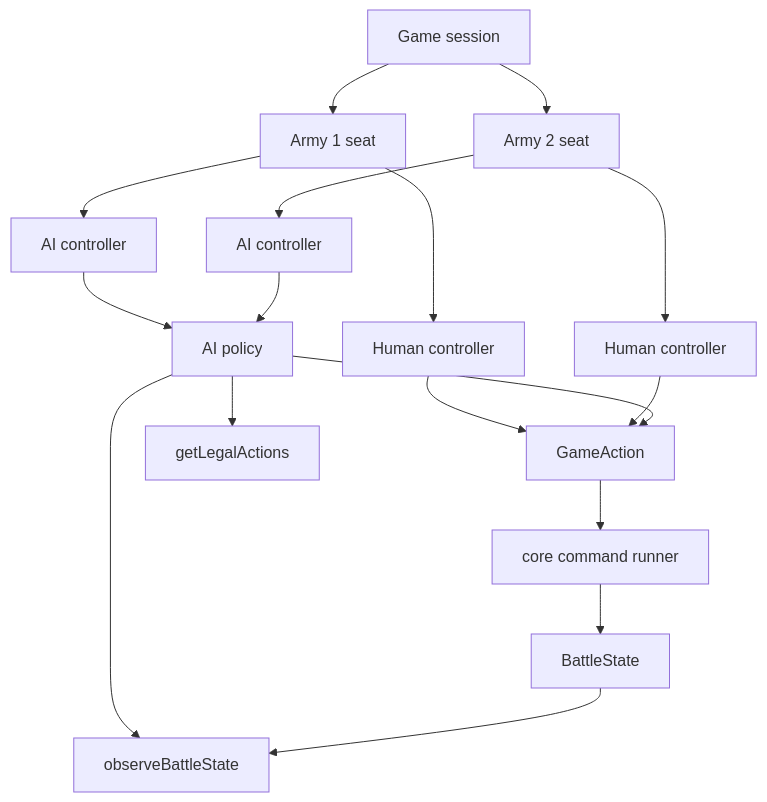
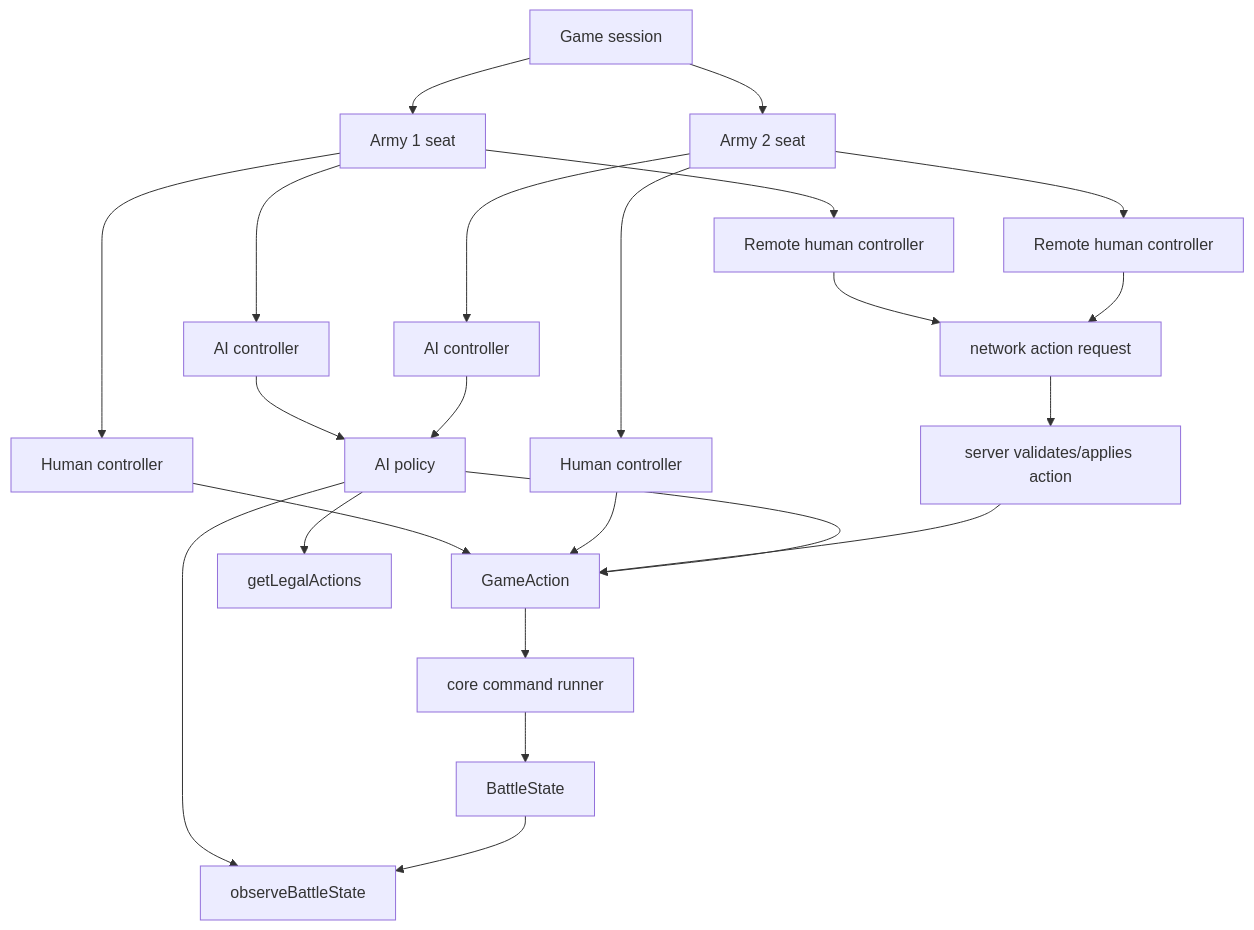
One commit to tjuckett/WarhammerSimulator changed the fifth of 7 diagrams in docs/architecture.md. Above: the diagram before and after it, drawn with Mermaid. The commit also changed other lines of this file and 4 other files, not shown here.

````diff
--- a/docs/architecture.md
+++ b/docs/architecture.md
@@ -322,23 +323,29 @@
 ```mermaid
 flowchart TD
   GameSession[Game session] --> Seat0[Army 1 seat]
   GameSession --> Seat1[Army 2 seat]
 
   Seat0 --> Human0[Human controller]
   Seat0 --> AI0[AI controller]
+  Seat0 --> Remote0[Remote human controller]
   Seat1 --> Human1[Human controller]
   Seat1 --> AI1[AI controller]
+  Seat1 --> Remote1[Remote human controller]
 
   Human0 --> GameAction[GameAction]
   Human1 --> GameAction
+  Remote0 --> NetworkAction[network action request]
+  Remote1 --> NetworkAction
   AI0 --> Policy[AI policy]
   AI1 --> Policy
 
+  NetworkAction --> ServerValidator[server validates/applies action]
+  ServerValidator --> GameAction
   Policy --> Observation[observeBattleState]
   Policy --> LegalActions[getLegalActions]
   Policy --> GameAction
 
   GameAction --> CommandRunner[core command runner]
   CommandRunner --> BattleState[BattleState]
   BattleState --> Observation
 ```
````
